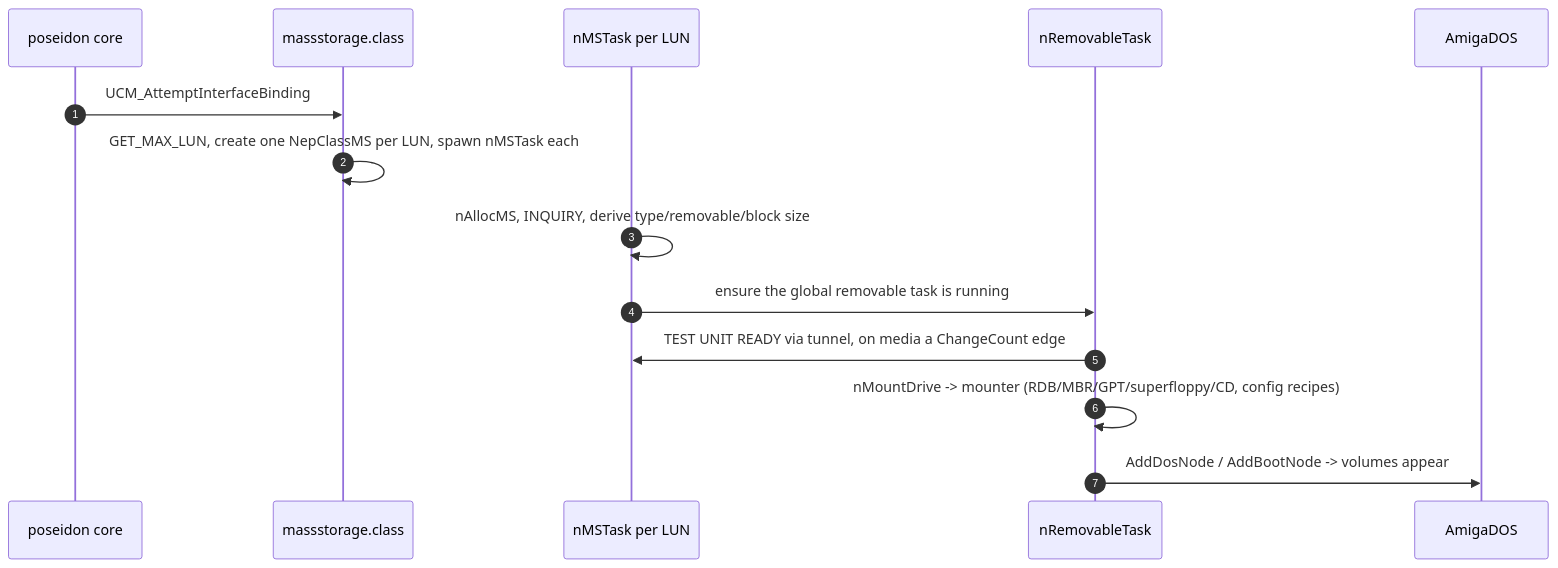
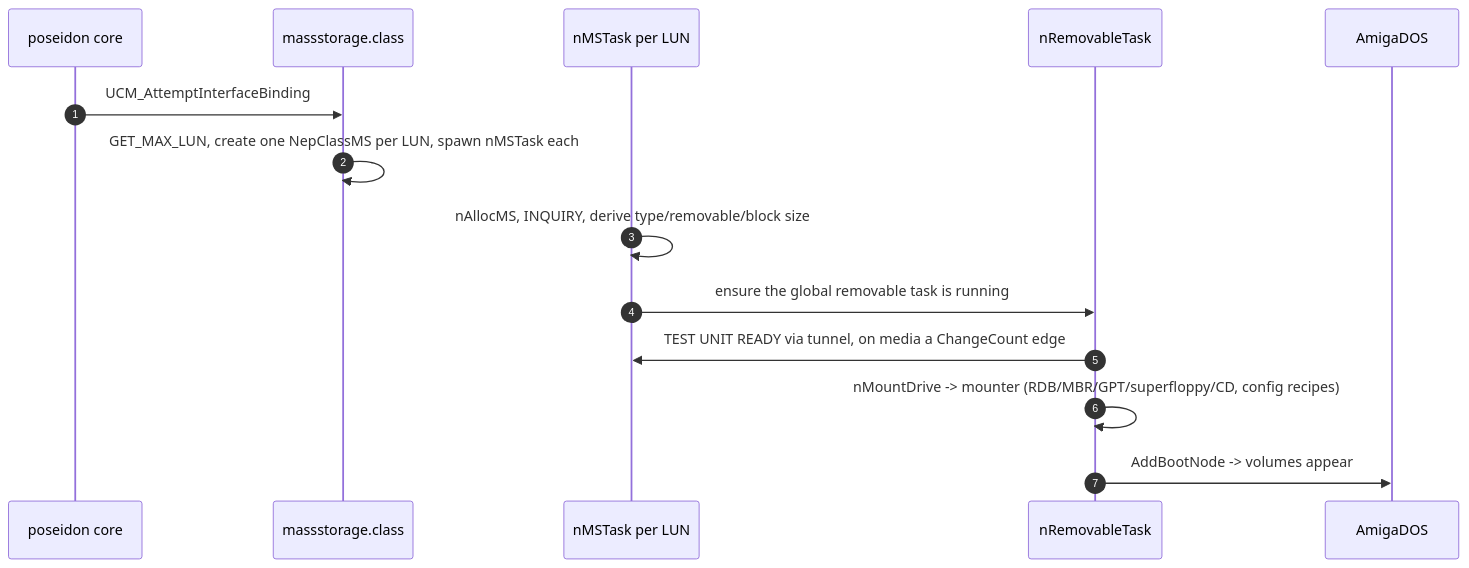
Before and after one commit to rondoval/poseidon-backport: diagram 11 of 12 in docs/massstorage.class-architecture.md, drawn with Mermaid. The commit also changed other lines of this file and 7 other files, not shown here.

````diff
--- a/docs/massstorage.class-architecture.md
+++ b/docs/massstorage.class-architecture.md
@@ -861,17 +877,17 @@
 ```mermaid
 sequenceDiagram
     autonumber
     participant PS as poseidon core
     participant CLS as massstorage.class
     participant T as nMSTask per LUN
     participant RT as nRemovableTask
     participant DOS as AmigaDOS
 
     PS->>CLS: UCM_AttemptInterfaceBinding
     CLS->>CLS: GET_MAX_LUN, create one NepClassMS per LUN, spawn nMSTask each
     T->>T: nAllocMS, INQUIRY, derive type/removable/block size
     T->>RT: ensure the global removable task is running
     RT->>T: TEST UNIT READY via tunnel, on media a ChangeCount edge
     RT->>RT: nMountDrive -> mounter (RDB/MBR/GPT/superfloppy/CD, config recipes)
-    RT->>DOS: AddDosNode / AddBootNode -> volumes appear
+    RT->>DOS: AddBootNode -> volumes appear
 ```
````
